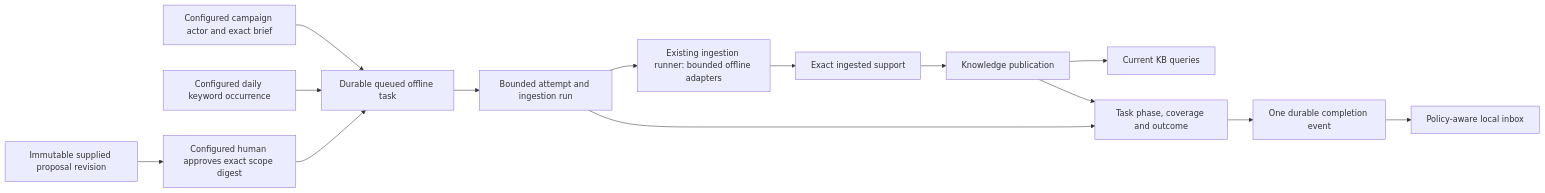
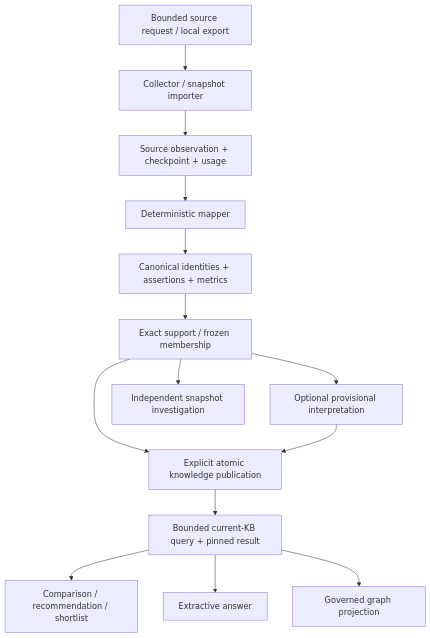
One commit to jinroylee/social-marketing-intelligence changed the second of 4 diagrams in docs/architecture.md. Above: the diagram before and after it, drawn with Mermaid. The commit also changed other lines of this file and 165 other files, not shown here.

````diff
--- a/docs/architecture.md
+++ b/docs/architecture.md
@@ -43,16 +47,16 @@
 ```mermaid
-flowchart LR
-    Campaign[Configured campaign actor and exact brief] --> Task[Durable queued offline task]
-    Schedule[Configured daily keyword occurrence] --> Task
-    Proposal[Immutable supplied proposal revision] --> Approval[Configured human approves exact scope digest]
-    Approval --> Task
-    Task --> Attempt[Bounded attempt and ingestion run]
-    Attempt --> Runner[Existing ingestion runner: bounded offline adapters]
-    Runner --> Support[Exact ingested support]
-    Support --> Publication[Knowledge publication]
-    Publication --> Query[Current KB queries]
-    Attempt --> Detail[Task phase, coverage and outcome]
-    Publication --> Detail
-    Detail --> Event[One durable completion event]
-    Event --> Inbox[Policy-aware local inbox]
+flowchart TD
+    Request[Bounded source request / local export] --> Collect[Collector / snapshot importer]
+    Collect --> Raw[Source observation + checkpoint + usage]
+    Raw --> Map[Deterministic mapper]
+    Map --> Canonical[Canonical identities + assertions + metrics]
+    Canonical --> Exact[Exact support / frozen membership]
+    Exact --> Interpret[Optional provisional interpretation]
+    Exact --> Publish[Explicit atomic knowledge publication]
+    Interpret --> Publish
+    Publish --> Query[Bounded current-KB query + pinned result]
+    Query --> Campaign[Comparison / recommendation / shortlist]
+    Query --> Answer[Extractive answer]
+    Query --> Graph[Governed graph projection]
+    Exact --> Snapshot[Independent snapshot investigation]
 ```
````
